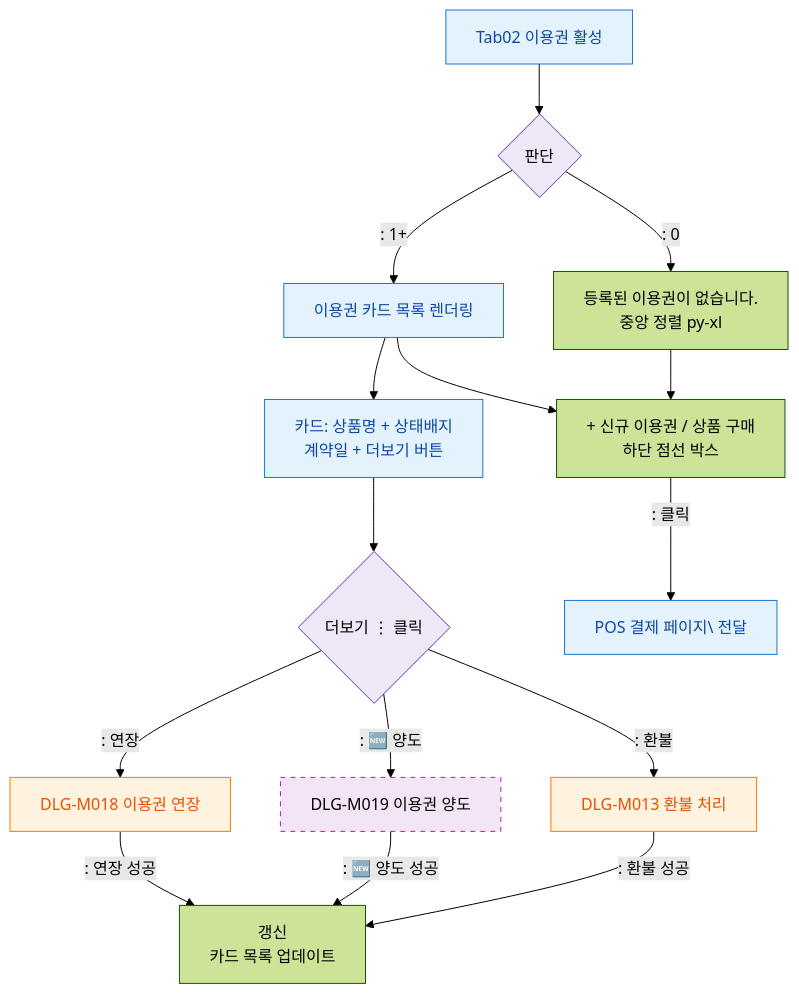
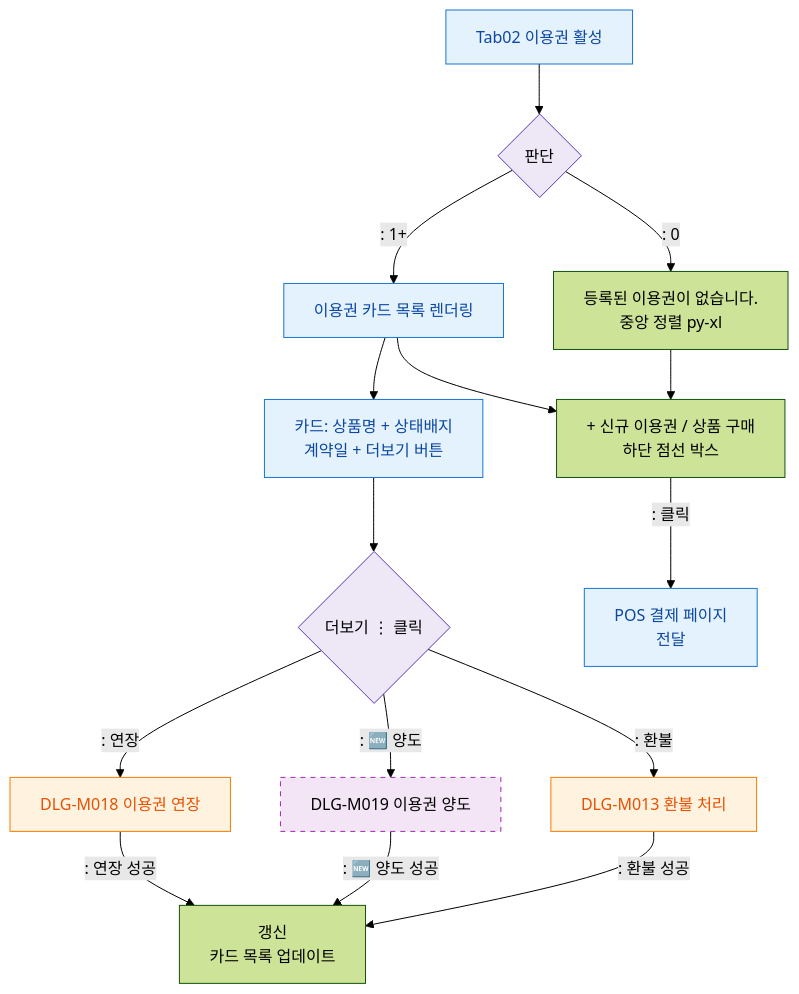
One commit to dev-spogym/admin-pando changed the diagram in docs/admin/다이어그램/D02_회원관리/SCR-M004_회원상세/Tab02_이용권/F2_메인.md. Above: the diagram before and after it, drawn with Mermaid (forest theme). The commit also changed 369 other files, not shown here.

````diff
--- a/docs/admin/다이어그램/D02_회원관리/SCR-M004_회원상세/Tab02_이용권/F2_메인.md
+++ b/docs/admin/다이어그램/D02_회원관리/SCR-M004_회원상세/Tab02_이용권/F2_메인.md
@@ -21,30 +21,30 @@
 ```mermaid
 flowchart TD
   TAB[Tab02 이용권 활성] --> CHECK{판단}
   CHECK -->|": 0"|EMPTY[등록된 이용권이 없습니다.\n중앙 정렬 py-xl]
   CHECK -->|": 1+"|CARDS[이용권 카드 목록 렌더링]
 
   CARDS --> CARD[카드: 상품명 + 상태배지\n계약일 + 더보기 버튼]
   CARD --> MORE{더보기 ⋮ 클릭}
   MORE -->|": 연장"|DLG_M018[DLG-M018 이용권 연장]
   MORE -->|": 🆕 양도"|DLG_M019[DLG-M019 이용권 양도]
   MORE -->|": 환불"|DLG_M013[DLG-M013 환불 처리]
 
   CARDS --> BUY_BTN[+ 신규 이용권 / 상품 구매\n하단 점선 박스]
   EMPTY --> BUY_BTN
 
-  BUY_BTN -->|": 클릭"|POS[POS 결제 페이지\ 전달]
+  BUY_BTN -->|": 클릭"|POS[POS 결제 페이지<br/> 전달]
 
   DLG_M018 -->|": 연장 성공"|REFRESH[갱신\n카드 목록 업데이트]
   DLG_M019 -->|": 🆕 양도 성공"|REFRESH
   DLG_M013 -->|": 환불 성공"|REFRESH
 
   classDef screen fill:#E3F2FD,stroke:#1976D2,color:#0D47A1
   classDef modal fill:#FFF3E0,stroke:#F57C00,color:#E65100
   classDef newFeature fill:#F3E5F5,stroke:#9C27B0,stroke-dasharray:5 5
   classDef system fill:#EDE7F6,stroke:#5E35B2
   class TAB,CARDS,CARD,POS screen
   class DLG_M018,DLG_M013 modal
   class DLG_M019 newFeature
   class CHECK,MORE system
 ```
````
